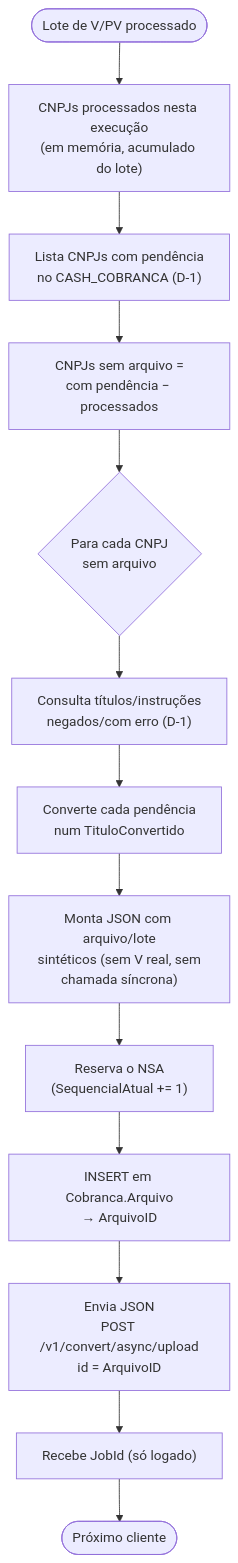
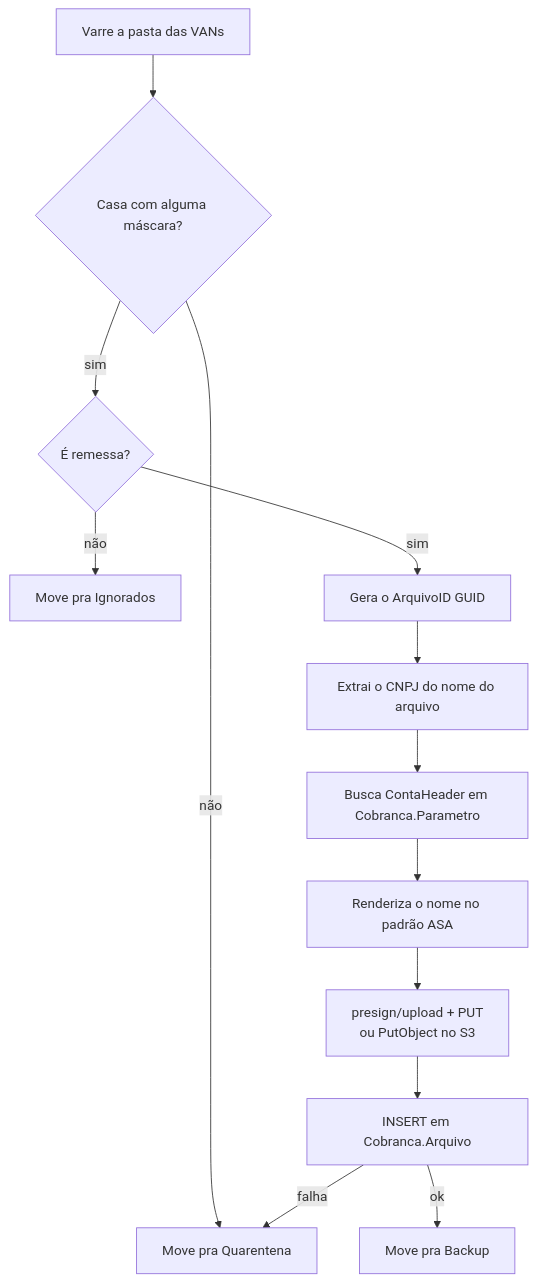
The first of 2 diagrams in docs/regras-de-negocio.md (danielbfr3/arquivo-retorno-worker), drawn with Mermaid before and after one commit. The commit also changed other lines of this file and 108 other files, not shown here.

````diff
--- a/docs/regras-de-negocio.md
+++ b/docs/regras-de-negocio.md
@@ -162,14 +23,15 @@
 ```mermaid
 flowchart TD
-    A(["Lote de V/PV processado"]) --> B["CNPJs processados nesta execução<br/>(em memória, acumulado do lote)"]
-    B --> C["Lista CNPJs com pendência<br/>no CASH_COBRANCA (D-1)"]
-    C --> D["CNPJs sem arquivo =<br/>com pendência − processados"]
-    D --> E{"Para cada CNPJ<br/>sem arquivo"}
-    E --> F["Consulta títulos/instruções<br/>negados/com erro (D-1)"]
-    F --> G["Converte cada pendência<br/>num TituloConvertido"]
-    G --> H["Monta JSON com arquivo/lote<br/>sintéticos (sem V real, sem<br/>chamada síncrona)"]
-    H --> H1["Reserva o NSA<br/>(SequencialAtual += 1)"]
-    H1 --> I["INSERT em Cobranca.Arquivo<br/>→ ArquivoID"]
-    I --> J["Envia JSON<br/>POST /v1/convert/async/upload<br/>id = ArquivoID"]
-    J --> K["Recebe JobId (só logado)"] --> Z1(["Próximo cliente"])
+    A[Varre a pasta das VANs] --> B{Casa com alguma máscara?}
+    B -- não --> Q[Move pra Quarentena]
+    B -- sim --> C{É remessa?}
+    C -- não --> I[Move pra Ignorados]
+    C -- sim --> D[Gera o ArquivoID GUID]
+    D --> E[Extrai o CNPJ do nome do arquivo]
+    E --> F[Busca ContaHeader em Cobranca.Parametro]
+    F --> G[Renderiza o nome no padrão ASA]
+    G --> H[presign/upload + PUT<br/>ou PutObject no S3]
+    H --> J[INSERT em Cobranca.Arquivo]
+    J -- ok --> K[Move pra Backup]
+    J -- falha --> Q
 ```
````
